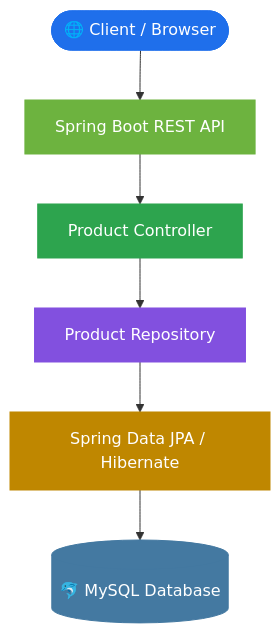
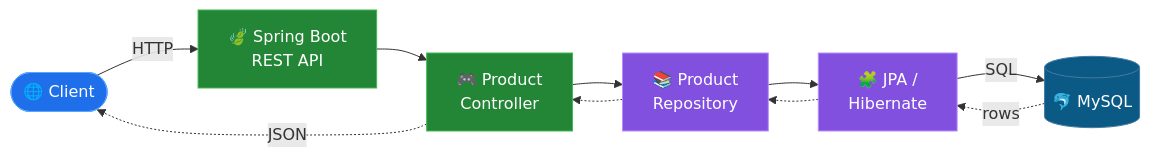
The first of 3 diagrams in README.md (SarangRaj01/ProjectDBMS), drawn with Mermaid before and after one commit. The commit also changed other lines of this file and 3 other files, not shown here.

````diff
--- a/README.md
+++ b/README.md
@@ -63,15 +105,21 @@
 ```mermaid
-flowchart TD
-    A([🌐 Client / Browser]) --> B[Spring Boot REST API]
-    B --> C[Product Controller]
-    C --> D[Product Repository]
-    D --> E[Spring Data JPA / Hibernate]
-    E --> F[(🐬 MySQL Database)]
+flowchart LR
+    A([🌐 Client]) -->|HTTP| B[🍃 Spring Boot<br/>REST API]
+    B --> C[🎮 Product<br/>Controller]
+    C --> D[📚 Product<br/>Repository]
+    D --> E[🧩 JPA /<br/>Hibernate]
+    E -->|SQL| F[(🐬 MySQL)]
+    F -.->|rows| E
+    E -.-> D
+    D -.-> C
+    C -.->|JSON| A
 
-    style A fill:#1f6feb,stroke:#1f6feb,color:#fff
-    style B fill:#6DB33F,stroke:#6DB33F,color:#fff
-    style C fill:#2da44e,stroke:#2da44e,color:#fff
-    style D fill:#8250df,stroke:#8250df,color:#fff
-    style E fill:#bf8700,stroke:#bf8700,color:#fff
-    style F fill:#4479A1,stroke:#4479A1,color:#fff
+    classDef client fill:#1f6feb,stroke:#58a6ff,color:#fff
+    classDef api fill:#238636,stroke:#3fb950,color:#fff
+    classDef data fill:#8250df,stroke:#bc8cff,color:#fff
+    classDef db fill:#0b5a85,stroke:#4479A1,color:#fff
+    class A client
+    class B,C api
+    class D,E data
+    class F db
 ```
````
